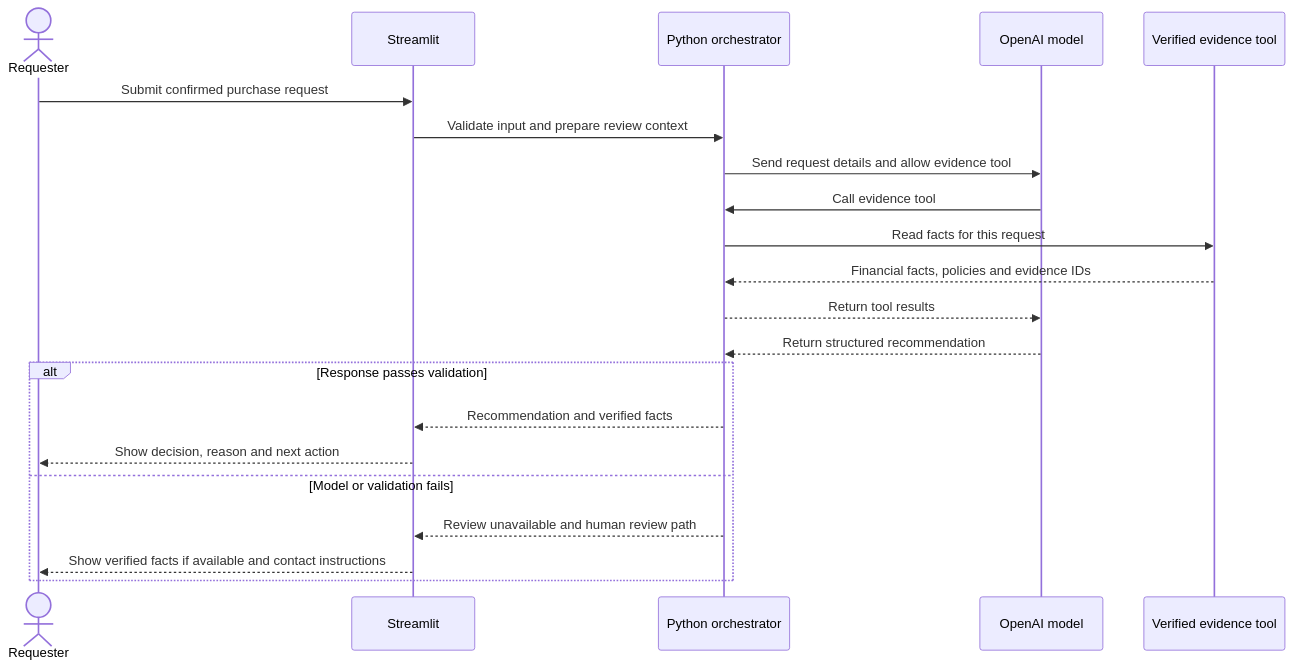
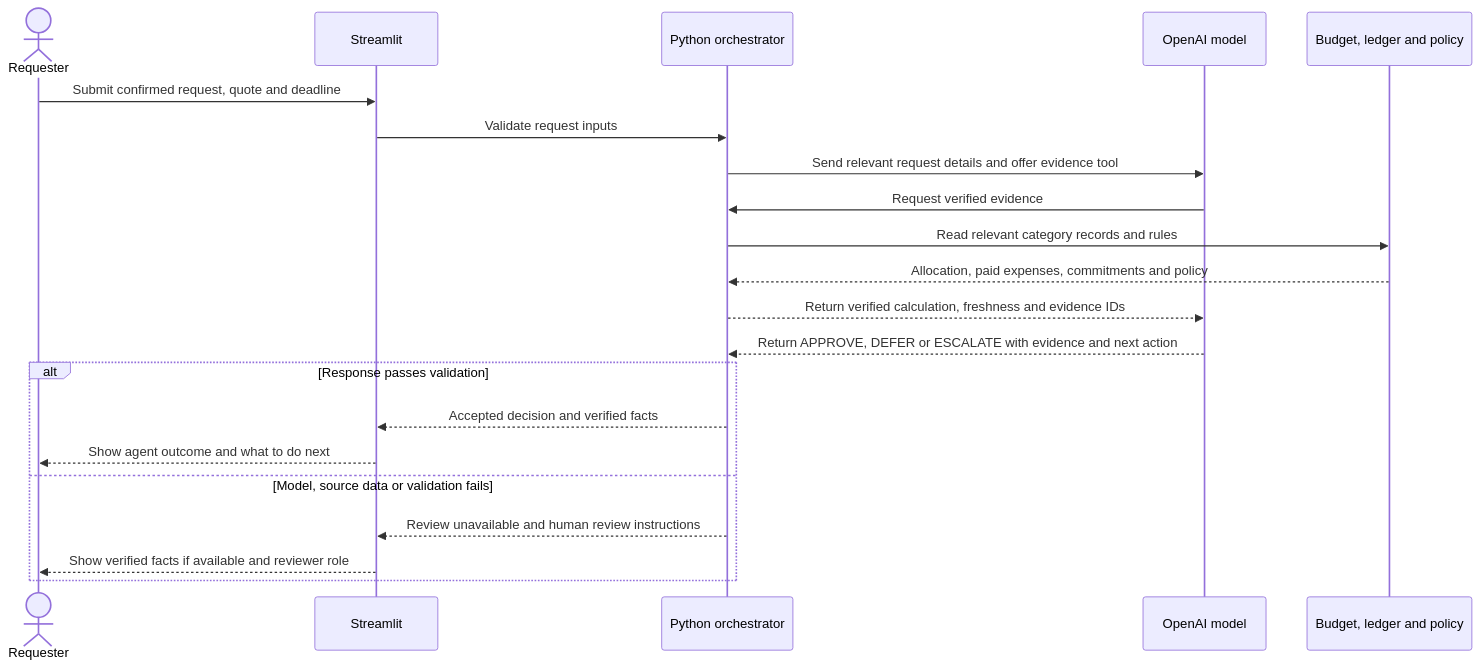
Before and after one commit to tom4247/Campus-spending-review-agent: the fourth of 4 diagrams in README.md, drawn with Mermaid. The commit also changed other lines of this file and 4 other files, not shown here.

````diff
--- a/README.md
+++ b/README.md
@@ -134,23 +104,23 @@
 ```mermaid
 sequenceDiagram
-    actor User as Requester
+    actor Member as Requester
     participant UI as Streamlit
-    participant Python as Python orchestrator
+    participant Host as Python orchestrator
     participant AI as OpenAI model
-    participant Records as Verified evidence tool
-    User->>UI: Submit confirmed purchase request
-    UI->>Python: Validate input and prepare review context
-    Python->>AI: Send request details and allow evidence tool
-    AI->>Python: Call evidence tool
-    Python->>Records: Read facts for this request
-    Records-->>Python: Financial facts, policies and evidence IDs
-    Python-->>AI: Return tool results
-    AI-->>Python: Return structured recommendation
+    participant Data as Budget, ledger and policy
+    Member->>UI: Submit confirmed request, quote and deadline
+    UI->>Host: Validate request inputs
+    Host->>AI: Send relevant request details and offer evidence tool
+    AI->>Host: Request verified evidence
+    Host->>Data: Read relevant category records and rules
+    Data-->>Host: Allocation, paid expenses, commitments and policy
+    Host-->>AI: Return verified calculation, freshness and evidence IDs
+    AI-->>Host: Return APPROVE, DEFER or ESCALATE with evidence and next action
     alt Response passes validation
-        Python-->>UI: Recommendation and verified facts
-        UI-->>User: Show decision, reason and next action
-    else Model or validation fails
-        Python-->>UI: Review unavailable and human review path
-        UI-->>User: Show verified facts if available and contact instructions
+        Host-->>UI: Accepted decision and verified facts
+        UI-->>Member: Show agent outcome and what to do next
+    else Model, source data or validation fails
+        Host-->>UI: Review unavailable and human review instructions
+        UI-->>Member: Show verified facts if available and reviewer role
     end
 ```
````
